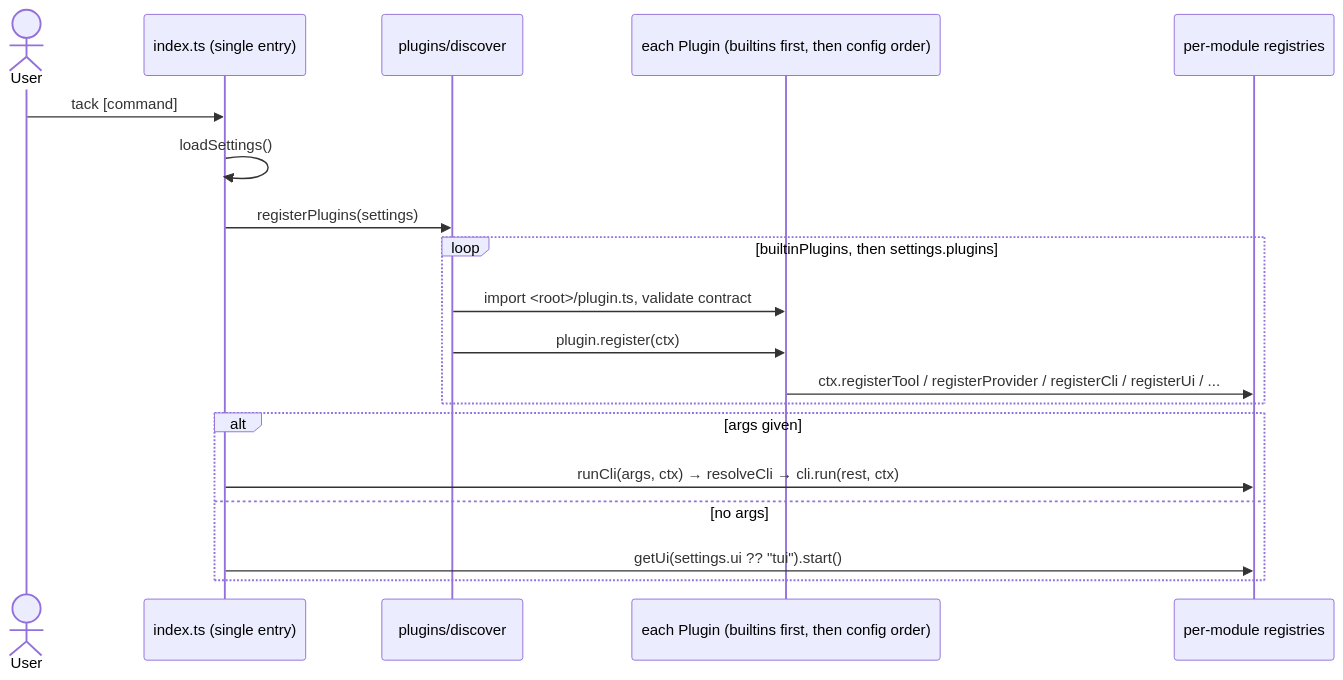
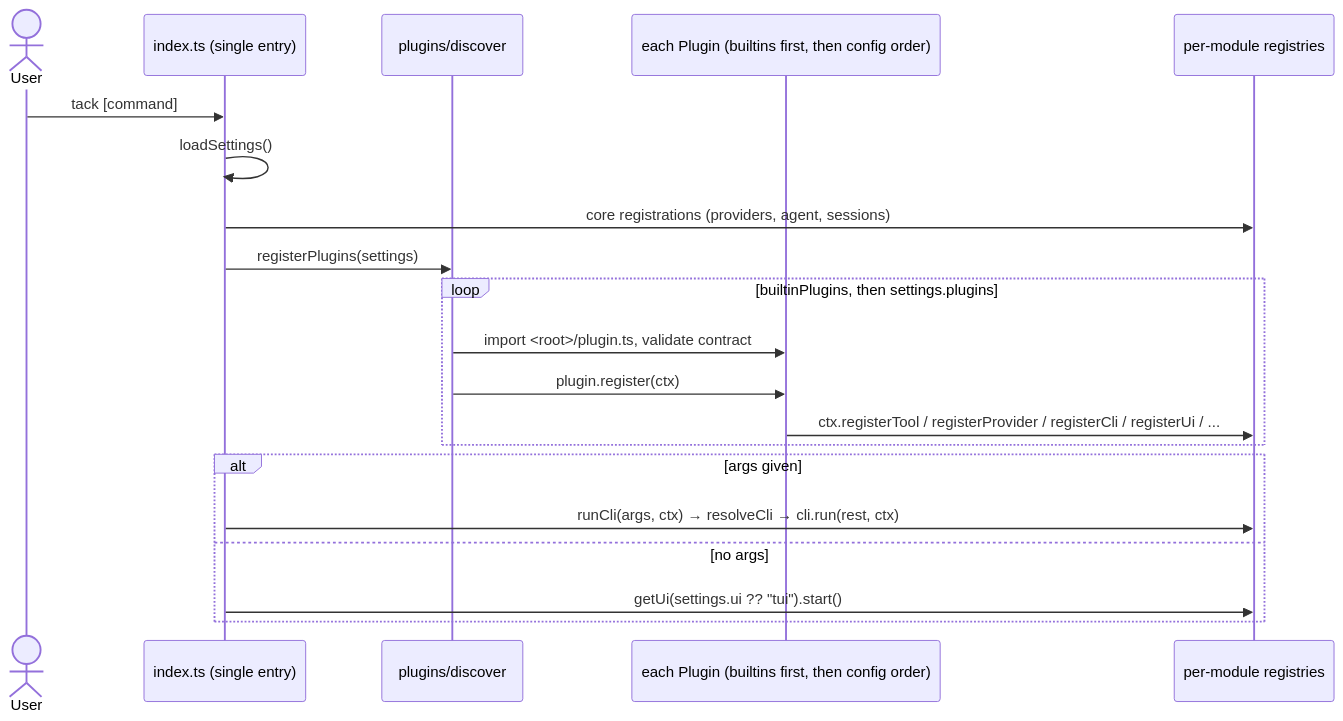
One commit to wjchoi87/xal changed the second of 2 diagrams in AGENTS.md. Above: the diagram before and after it, drawn with Mermaid. The commit also changed other lines of this file and 39 other files, not shown here.

````diff
--- a/AGENTS.md
+++ b/AGENTS.md
@@ -54,22 +56,23 @@
 ```mermaid
 sequenceDiagram
     actor User
     participant Entry as index.ts (single entry)
     participant Discover as plugins/discover
     participant P as each Plugin (builtins first, then config order)
     participant Reg as per-module registries
 
     User->>Entry: tack [command]
     Entry->>Entry: loadSettings()
+    Entry->>Reg: core registrations (providers, agent, sessions)
     Entry->>Discover: registerPlugins(settings)
     loop builtinPlugins, then settings.plugins
         Discover->>P: import <root>/plugin.ts, validate contract
         Discover->>P: plugin.register(ctx)
         P->>Reg: ctx.registerTool / registerProvider / registerCli / registerUi / ...
     end
     alt args given
         Entry->>Reg: runCli(args, ctx) → resolveCli → cli.run(rest, ctx)
     else no args
         Entry->>Reg: getUi(settings.ui ?? "tui").start()
     end
 ```
````
